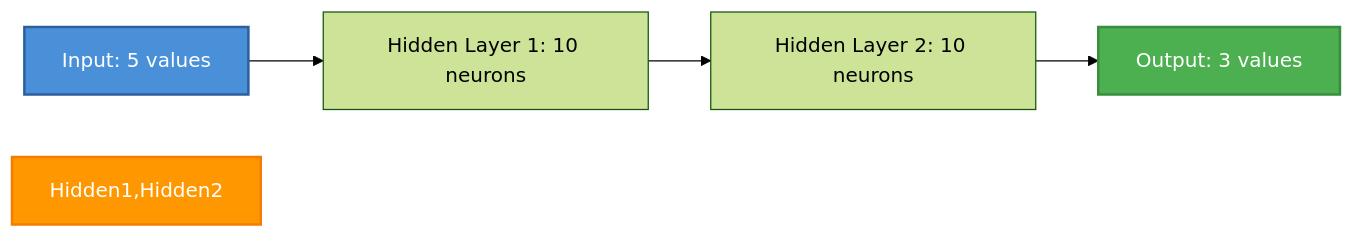
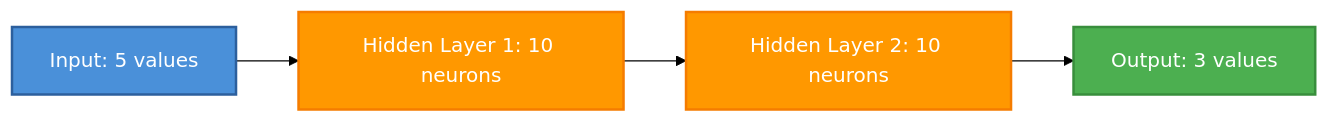
One commit to Parv17k/llm-fine-tuning-guide changed the fifth of 11 diagrams in docs/content/00-neural-networks-basics/00-neural-networks-basics.md. Above: the diagram before and after it, drawn with Mermaid (forest theme). The commit also changed other lines of this file and 5 other files, not shown here.

First line of the commit message:
Fix Mermaid diagram styles - split comma-separated node IDs into individual style lines

````diff
--- a/docs/content/00-neural-networks-basics/00-neural-networks-basics.md
+++ b/docs/content/00-neural-networks-basics/00-neural-networks-basics.md
@@ -105,10 +105,11 @@
 ```mermaid
 flowchart LR
     Input[Input: 5 values] --> Hidden1[Hidden Layer 1: 10 neurons]
     Hidden1 --> Hidden2[Hidden Layer 2: 10 neurons]
     Hidden2 --> Output[Output: 3 values]
     
     style Input fill:#4a90d9,stroke:#2c5f9d,color:#ffffff,stroke-width:2px
-    style Hidden1,Hidden2 fill:#ff9800,stroke:#f57c00,color:#ffffff,stroke-width:2px
+    style Hidden1 fill:#ff9800,stroke:#f57c00,color:#ffffff,stroke-width:2px
+    style Hidden2 fill:#ff9800,stroke:#f57c00,color:#ffffff,stroke-width:2px
     style Output fill:#4caf50,stroke:#388e3c,color:#ffffff,stroke-width:2px
 ```
````
